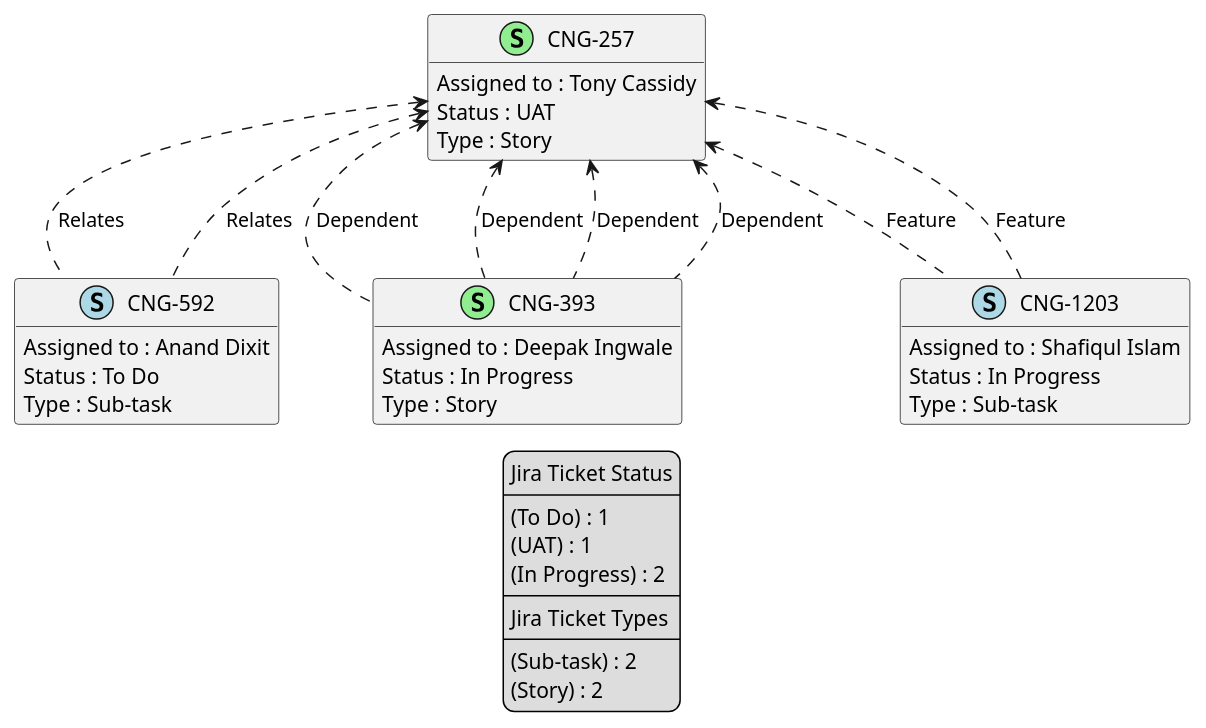
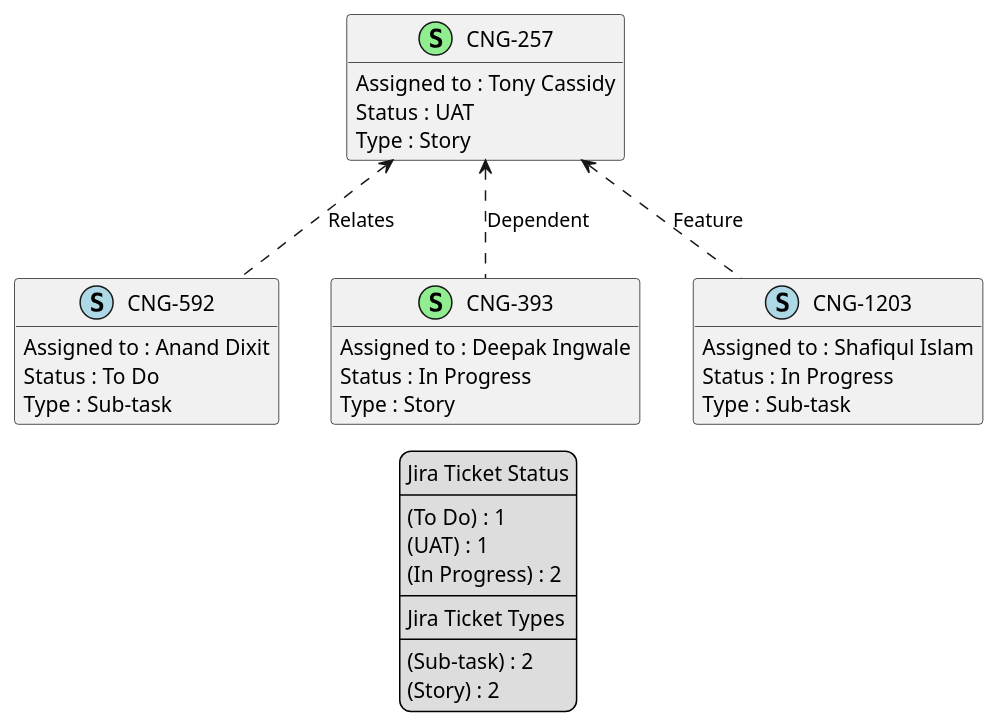
Before and after one commit to brunasti/jiraplotter: the diagram in temp/jira-Tony Cassidy.puml, drawn with PlantUML. The commit also changed 53 other files, not shown here.

```diff
--- a/temp/jira-Tony Cassidy.puml
+++ b/temp/jira-Tony Cassidy.puml
@@ -1,61 +1,56 @@
 @startuml
 'https://plantuml.com/class-diagram
 
 ' GENERATE CLASS DIAGRAM ===========
-' Generated at    : Mon Apr 15 15:18:49 CEST 2024
+' Generated at    : Mon Apr 15 15:33:04 CEST 2024
 
 hide empty members
 
 legend
 Jira Ticket Status
 ----
 (To Do) : 1
 (UAT) : 1
 (In Progress) : 2
 ----
 Jira Ticket Types
 ----
 (Sub-task) : 2
 (Story) : 2
 end legend
 
 
 ' Tickets =======
 class "CNG-592" << (S,lightblue) >> {
   Assigned to : Anand Dixit
   Status : To Do
   Type : Sub-task
 }
 
 class "CNG-393" << (S,lightgreen) >> {
   Assigned to : Deepak Ingwale
   Status : In Progress
   Type : Story
 }
 
 class "CNG-257" << (S,lightgreen) >> {
   Assigned to : Tony Cassidy
   Status : UAT
   Type : Story
 }
 
 class "CNG-1203" << (S,lightblue) >> {
   Assigned to : Shafiqul Islam
   Status : In Progress
   Type : Sub-task
 }
 
 
 
 ' Links =======
 "CNG-257" <.. "CNG-393" : Dependent
-"CNG-257" <.. "CNG-393" : Dependent
-"CNG-257" <.. "CNG-393" : Dependent
-"CNG-257" <.. "CNG-1203" : Feature
-"CNG-257" <.. "CNG-592" : Relates
-"CNG-257" <.. "CNG-393" : Dependent
 "CNG-257" <.. "CNG-1203" : Feature
 "CNG-257" <.. "CNG-592" : Relates
 
 
 @enduml
```
